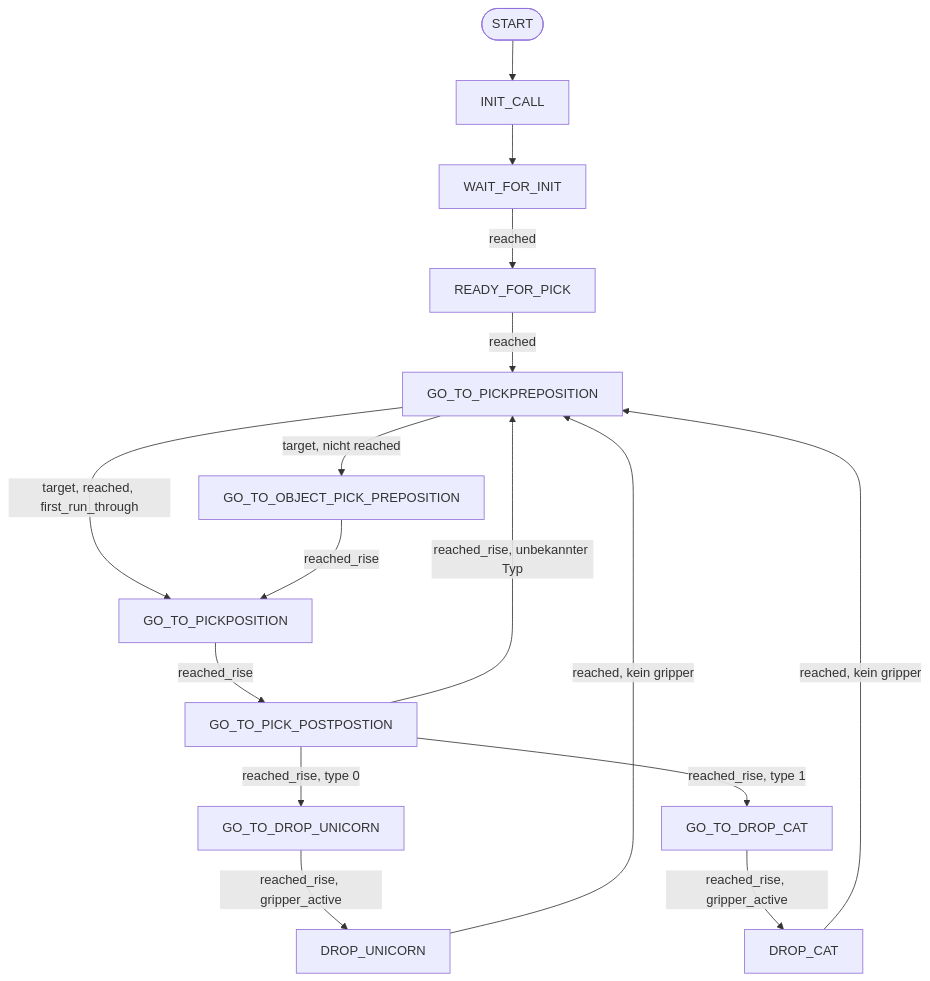
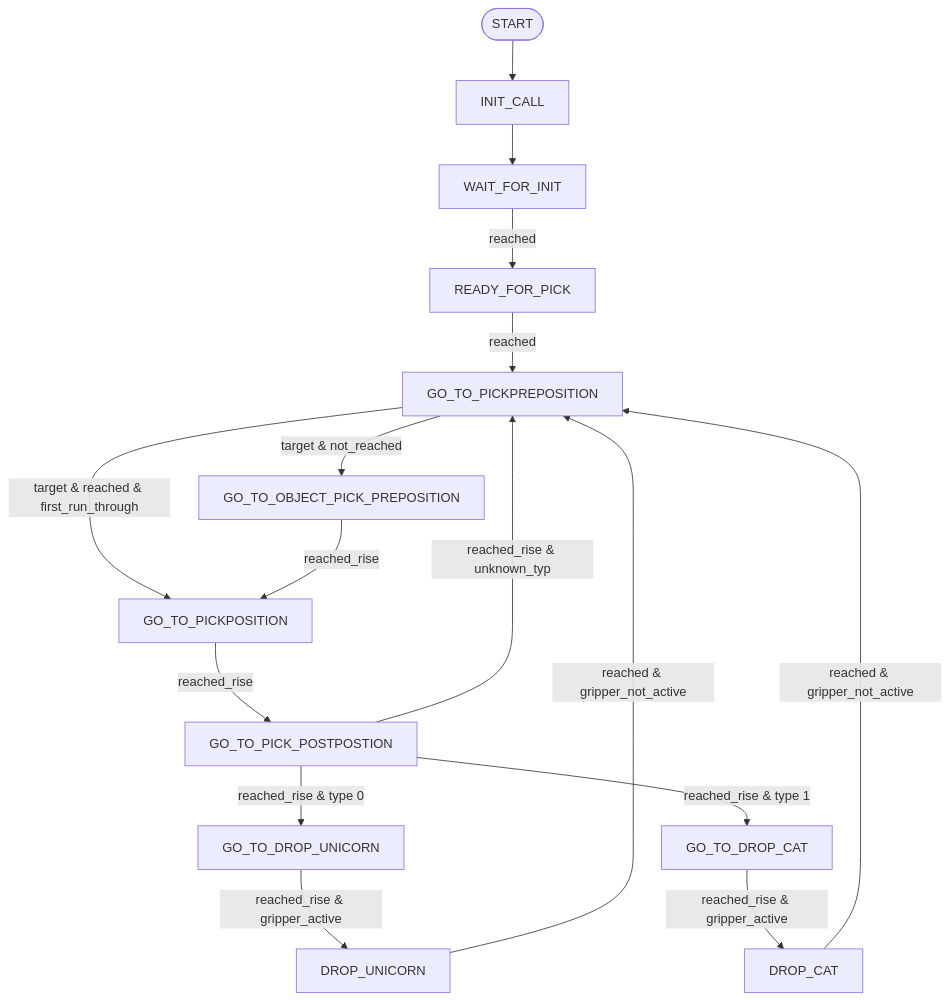
The diagram in docs/explanations/yannick_Doku/main_logic.md (derlole/NimSort42), drawn with Mermaid before and after one commit.

````diff
--- a/docs/explanations/yannick_Doku/main_logic.md
+++ b/docs/explanations/yannick_Doku/main_logic.md
@@ -162,31 +162,31 @@
 ```mermaid
 flowchart TD
     START([START])
     INIT_CALL[INIT_CALL]
     WAIT_FOR_INIT[WAIT_FOR_INIT]
     READY_FOR_PICK[READY_FOR_PICK]
     GTPRP[GO_TO_PICKPREPOSITION]
     GTOPP[GO_TO_OBJECT_PICK_PREPOSITION]
     GTPP[GO_TO_PICKPOSITION]
     GTPPO[GO_TO_PICK_POSTPOSTION]
     GTDU[GO_TO_DROP_UNICORN]
     GTDC[GO_TO_DROP_CAT]
     DU[DROP_UNICORN]
     DC[DROP_CAT]
  
     START --> INIT_CALL
     INIT_CALL --> WAIT_FOR_INIT
     WAIT_FOR_INIT -->|reached| READY_FOR_PICK
     READY_FOR_PICK -->|reached| GTPRP
-    GTPRP -->|target, reached, first_run_through| GTPP
-    GTPRP -->|target, nicht reached| GTOPP
+    GTPRP -->|target & reached & first_run_through| GTPP
+    GTPRP -->|target & not_reached| GTOPP
     GTOPP -->|reached_rise| GTPP
     GTPP -->|reached_rise| GTPPO
-    GTPPO -->|reached_rise, type 0| GTDU
-    GTPPO -->|reached_rise, type 1| GTDC
-    GTPPO -->|reached_rise, unbekannter Typ| GTPRP
-    GTDU -->|reached_rise, gripper_active| DU
-    GTDC -->|reached_rise, gripper_active| DC
-    DU -->|reached, kein gripper| GTPRP
-    DC -->|reached, kein gripper| GTPRP
+    GTPPO -->|reached_rise & type 0| GTDU
+    GTPPO -->|reached_rise & type 1| GTDC
+    GTPPO -->|reached_rise & unknown_typ| GTPRP
+    GTDU -->|reached_rise & gripper_active| DU
+    GTDC -->|reached_rise & gripper_active| DC
+    DU -->|reached & gripper_not_active| GTPRP
+    DC -->|reached & gripper_not_active| GTPRP
 ```
````
